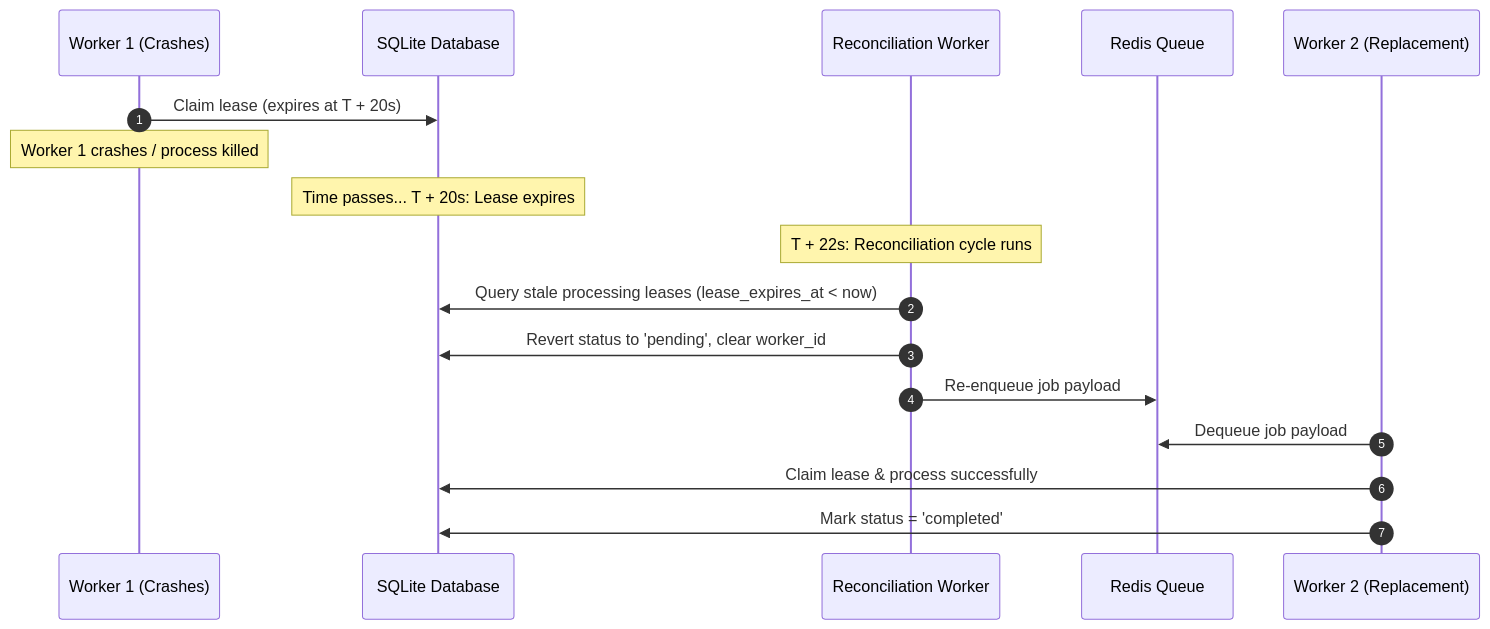
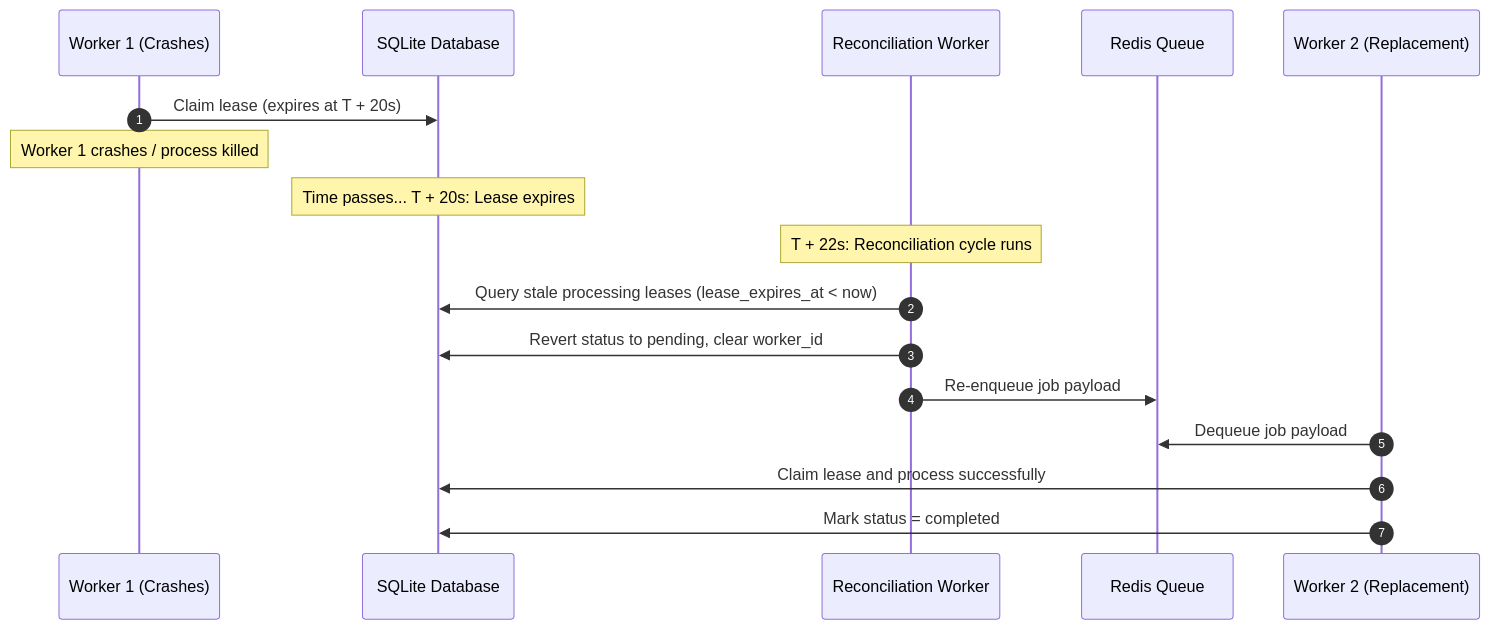
Before and after one commit to nandhiniram33/Transaction-System: the fourth of 4 diagrams in README.md, drawn with Mermaid. The commit also changed other lines of this file and 4 other files, not shown here.

````diff
--- a/README.md
+++ b/README.md
@@ -471,20 +473,20 @@
 ```mermaid
 sequenceDiagram
     autonumber
     participant W1 as Worker 1 (Crashes)
     participant DB as SQLite Database
     participant R as Reconciliation Worker
     participant Q as Redis Queue
     participant W2 as Worker 2 (Replacement)
 
     W1->>DB: Claim lease (expires at T + 20s)
     Note over W1: Worker 1 crashes / process killed
     Note over DB: Time passes... T + 20s: Lease expires
     Note over R: T + 22s: Reconciliation cycle runs
     R->>DB: Query stale processing leases (lease_expires_at < now)
-    R->>DB: Revert status to 'pending', clear worker_id
+    R->>DB: Revert status to pending, clear worker_id
     R->>Q: Re-enqueue job payload
     W2->>Q: Dequeue job payload
-    W2->>DB: Claim lease & process successfully
-    W2->>DB: Mark status = 'completed'
+    W2->>DB: Claim lease and process successfully
+    W2->>DB: Mark status = completed
 ```
````
